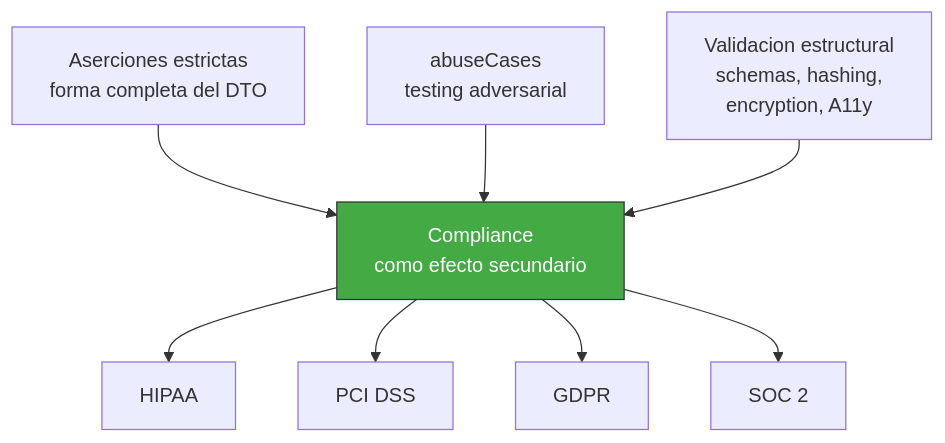
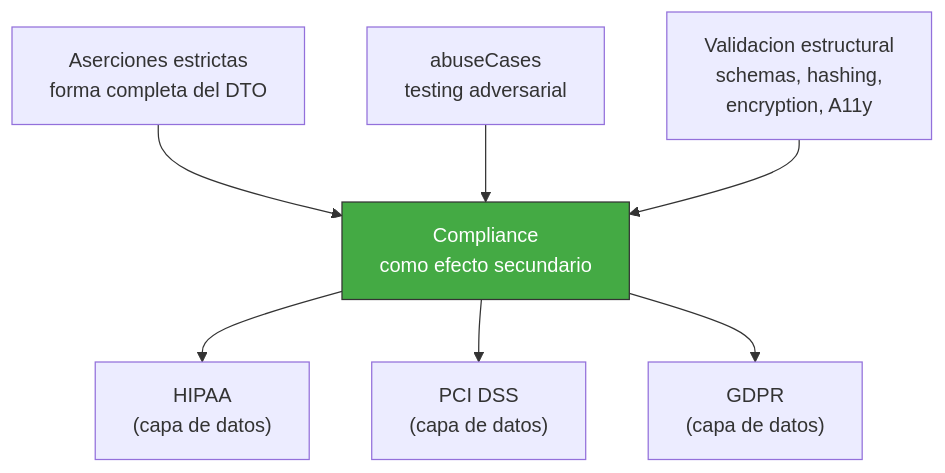
One commit to virgenherrera/virgil changed diagram 21 of 47 in principia/overview.md. Above: the diagram before and after it, drawn with Mermaid. The commit also changed other lines of this file, not shown here.

````diff
--- a/principia/overview.md
+++ b/principia/overview.md
@@ -687,15 +800,14 @@
 ```mermaid
 flowchart TD
     STRICT["Aserciones estrictas\nforma completa del DTO"]
     ABUSE["abuseCases\ntesting adversarial"]
     STRUCT["Validacion estructural\nschemas, hashing,\nencryption, A11y"]
 
     STRICT & ABUSE & STRUCT --> COMPLIANCE["Compliance\ncomo efecto secundario"]
 
-    COMPLIANCE --> HIPAA["HIPAA"]
-    COMPLIANCE --> PCI["PCI DSS"]
-    COMPLIANCE --> GDPR["GDPR"]
-    COMPLIANCE --> SOC["SOC 2"]
+    COMPLIANCE --> HIPAA["HIPAA\n(capa de datos)"]
+    COMPLIANCE --> PCI["PCI DSS\n(capa de datos)"]
+    COMPLIANCE --> GDPR["GDPR\n(capa de datos)"]
 
     style COMPLIANCE fill:#4a4,stroke:#333,color:#fff
 ```
````
